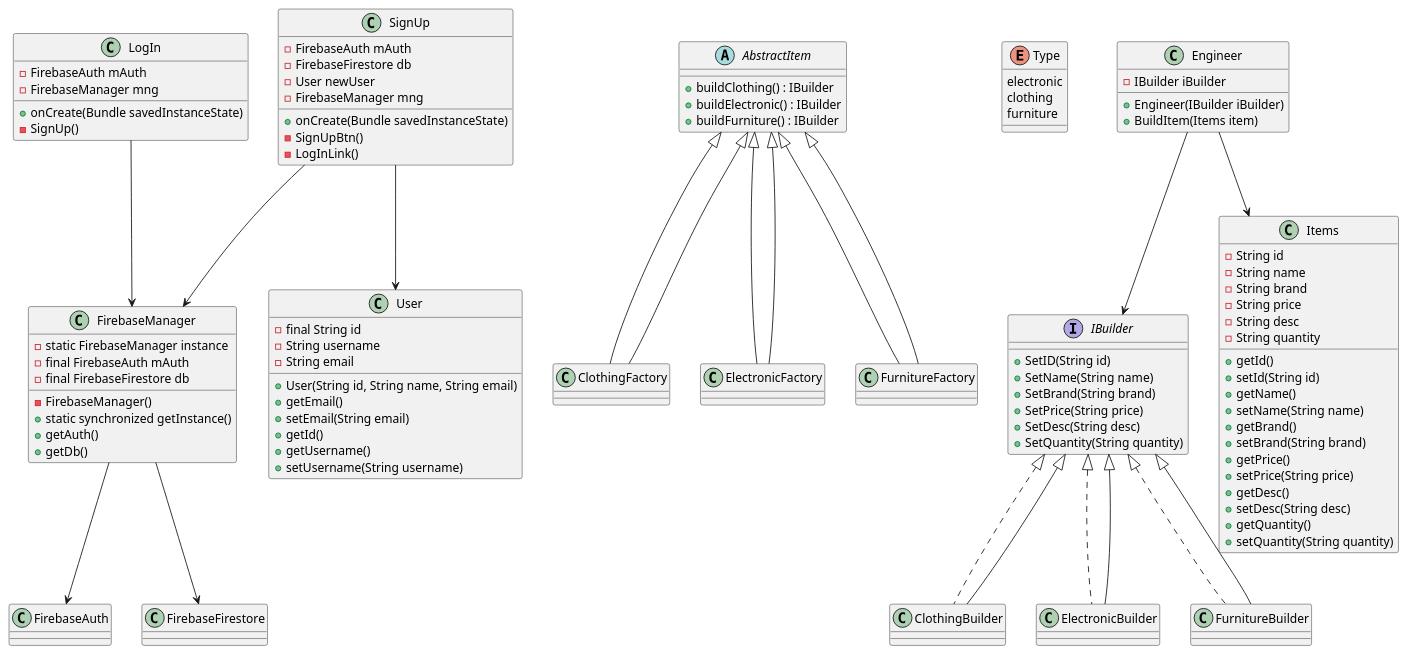
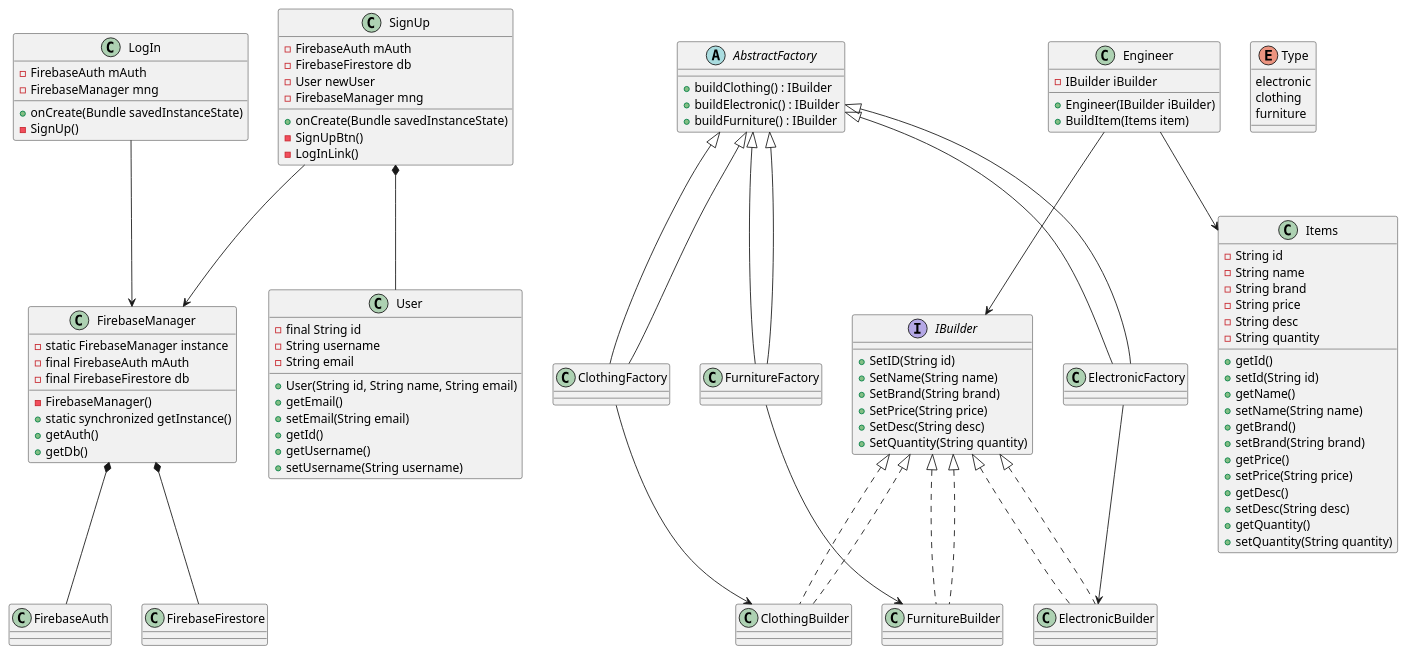
One commit to Aoigan2k4/Inventory-Management- changed the diagram in app/src/main/java/com/example/inventorymanagementproject/Class Diagram.puml. Above: the diagram before and after it, drawn with PlantUML. The commit also changed 6 other files, not shown here.

Commit message:
Updated Class Diagram and added Modelization Diagram

```diff
--- a/app/src/main/java/com/example/inventorymanagementproject/Class Diagram.puml
+++ b/app/src/main/java/com/example/inventorymanagementproject/Class Diagram.puml
@@ -1,113 +1,117 @@
 @startuml
 'https://plantuml.com/class-diagram
 
 class SignUp {
     - FirebaseAuth mAuth
     - FirebaseFirestore db
     - User newUser
     - FirebaseManager mng
     + onCreate(Bundle savedInstanceState)
     - SignUpBtn()
     - LogInLink()
 }
 
 class LogIn {
     - FirebaseAuth mAuth
     - FirebaseManager mng
     + onCreate(Bundle savedInstanceState)
     - SignUp()
 }
 
 class FirebaseManager {
     - static FirebaseManager instance
     - final FirebaseAuth mAuth
     - final FirebaseFirestore db
     - FirebaseManager()
     + static synchronized getInstance()
     + getAuth()
     + getDb()
 }
 
 class User {
     - final String id
     - String username
     - String email
     + User(String id, String name, String email)
     + getEmail()
     + setEmail(String email)
     + getId()
     + getUsername()
     + setUsername(String username)
 }
 
-abstract class AbstractItem {
+abstract class AbstractFactory {
     + buildClothing() : IBuilder
     + buildElectronic() : IBuilder
     + buildFurniture() : IBuilder
 }
 
-class ClothingFactory extends AbstractItem
-class ElectronicFactory extends AbstractItem
-class FurnitureFactory extends AbstractItem
+class ClothingFactory extends AbstractFactory
+class ElectronicFactory extends AbstractFactory
+class FurnitureFactory extends AbstractFactory
 
 enum Type {
     electronic
     clothing
     furniture
 }
 
 interface IBuilder {
     + SetID(String id)
     + SetName(String name)
     + SetBrand(String brand)
     + SetPrice(String price)
     + SetDesc(String desc)
     + SetQuantity(String quantity)
 }
 
 class ClothingBuilder implements IBuilder
 class ElectronicBuilder implements IBuilder
 class FurnitureBuilder implements IBuilder
 
 class Engineer {
     - IBuilder iBuilder
     + Engineer(IBuilder iBuilder)
     + BuildItem(Items item)
 }
 
 class Items {
     - String id
     - String name
     - String brand
     - String price
     - String desc
     - String quantity
     + getId()
     + setId(String id)
     + getName()
     + setName(String name)
     + getBrand()
     + setBrand(String brand)
     + getPrice()
     + setPrice(String price)
     + getDesc()
     + setDesc(String desc)
     + getQuantity()
     + setQuantity(String quantity)
 }
 
 SignUp --> FirebaseManager
-SignUp --> User
+SignUp *-- User
 LogIn --> FirebaseManager
-FirebaseManager --> FirebaseAuth
-FirebaseManager --> FirebaseFirestore
-AbstractItem <|-- ClothingFactory
-AbstractItem <|-- ElectronicFactory
-AbstractItem <|-- FurnitureFactory
-IBuilder <|-- ClothingBuilder
-IBuilder <|-- ElectronicBuilder
-IBuilder <|-- FurnitureBuilder
+FirebaseManager *-- FirebaseAuth
+FirebaseManager *-- FirebaseFirestore
+AbstractFactory <|-- ClothingFactory
+AbstractFactory <|-- ElectronicFactory
+AbstractFactory <|-- FurnitureFactory
+ClothingFactory --> ClothingBuilder
+ElectronicFactory --> ElectronicBuilder
+FurnitureFactory --> FurnitureBuilder
+IBuilder <|.. ClothingBuilder
+IBuilder <|.. ElectronicBuilder
+IBuilder <|.. FurnitureBuilder
 Engineer --> IBuilder
 Engineer --> Items
 
+
 @enduml
```
